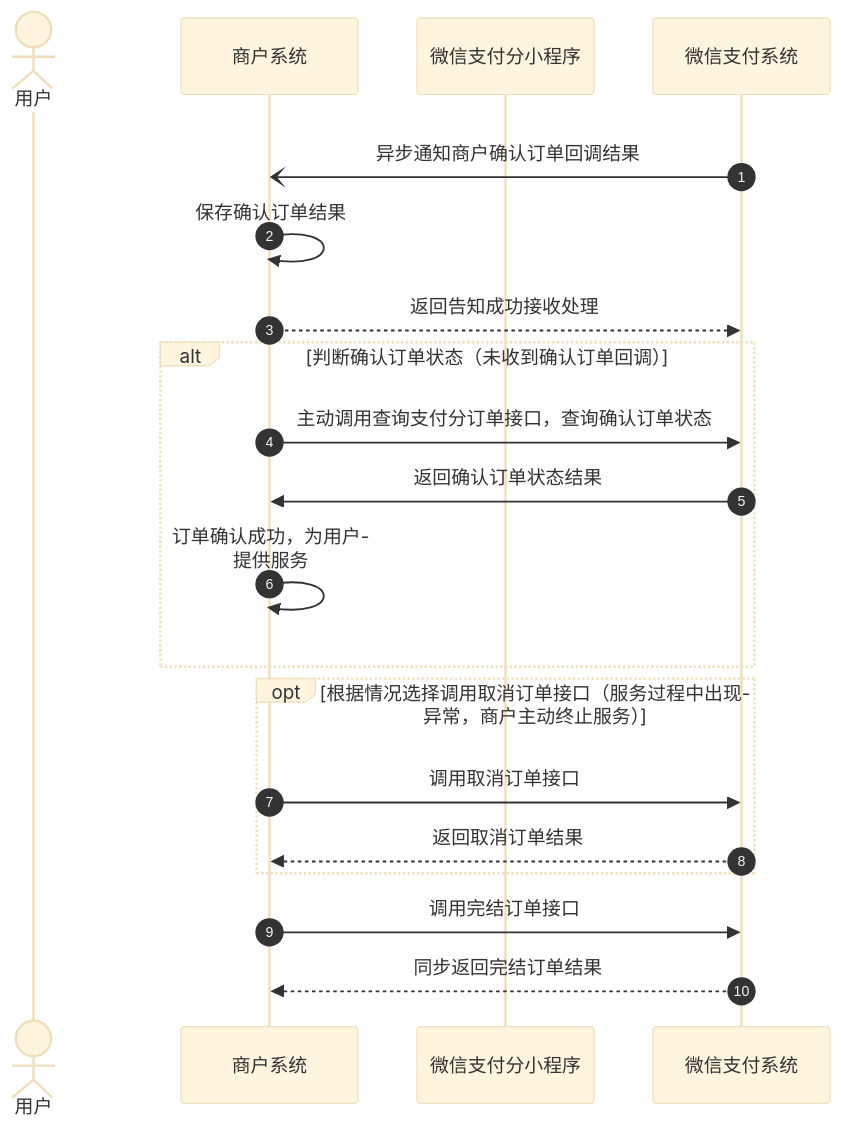
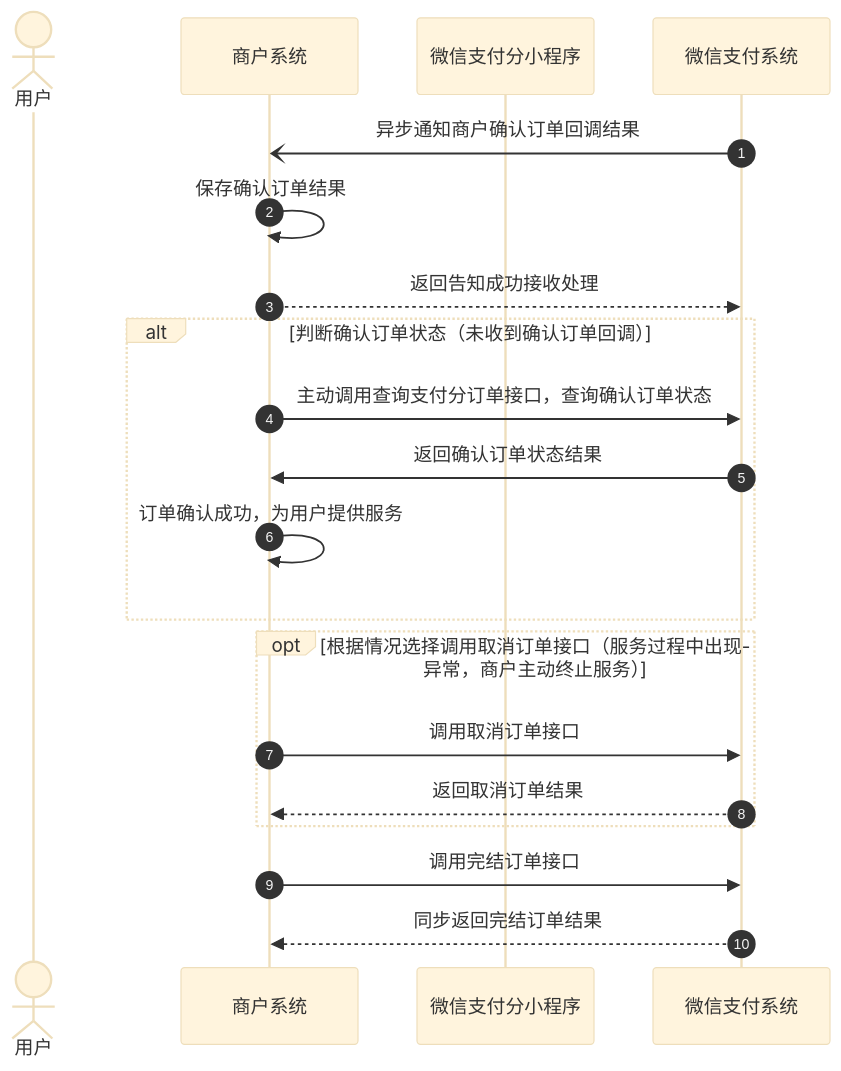
One commit to minibear2021/wechatpay_docs changed the fourth of 6 diagrams in docs/merchant/pages/4012587166.md. Above: the diagram before and after it, drawn with Mermaid (base theme). The commit also changed other lines of this file and 35 other files, not shown here.

````diff
--- a/docs/merchant/pages/4012587166.md
+++ b/docs/merchant/pages/4012587166.md
@@ -118,29 +131,27 @@
 ```mermaid
-%%{init: { "sequence": { "wrap": true, "wrapPadding": 10, "noteAlign": "left" } } }%%
 sequenceDiagram
-    rect rgb(255,255,255)
+        %% xwatt: autonumber ea
         autonumber
         actor User as 用户
         participant Mch as 商户系统
         participant WxPay as 微信支付分小程序
         participant WxPay2 as 微信支付系统
 
         WxPay2-)Mch: 异步通知商户确认订单回调结果
         Mch->>Mch: 保存确认订单结果
         Mch-->>WxPay2: 返回告知成功接收处理
 
         alt 判断确认订单状态（未收到确认订单回调）
             Mch->>WxPay2: 主动调用查询支付分订单接口，查询确认订单状态
             WxPay2->>Mch: 返回确认订单状态结果
             Mch->>Mch: 订单确认成功，为用户提供服务
         end
 
         opt 根据情况选择调用取消订单接口（服务过程中出现异常，商户主动终止服务）
             Mch->>WxPay2: 调用取消订单接口
             WxPay2-->>Mch: 返回取消订单结果
         end
 
         Mch->>WxPay2: 调用完结订单接口
         WxPay2-->>Mch: 同步返回完结订单结果
-    end
 ```
````
